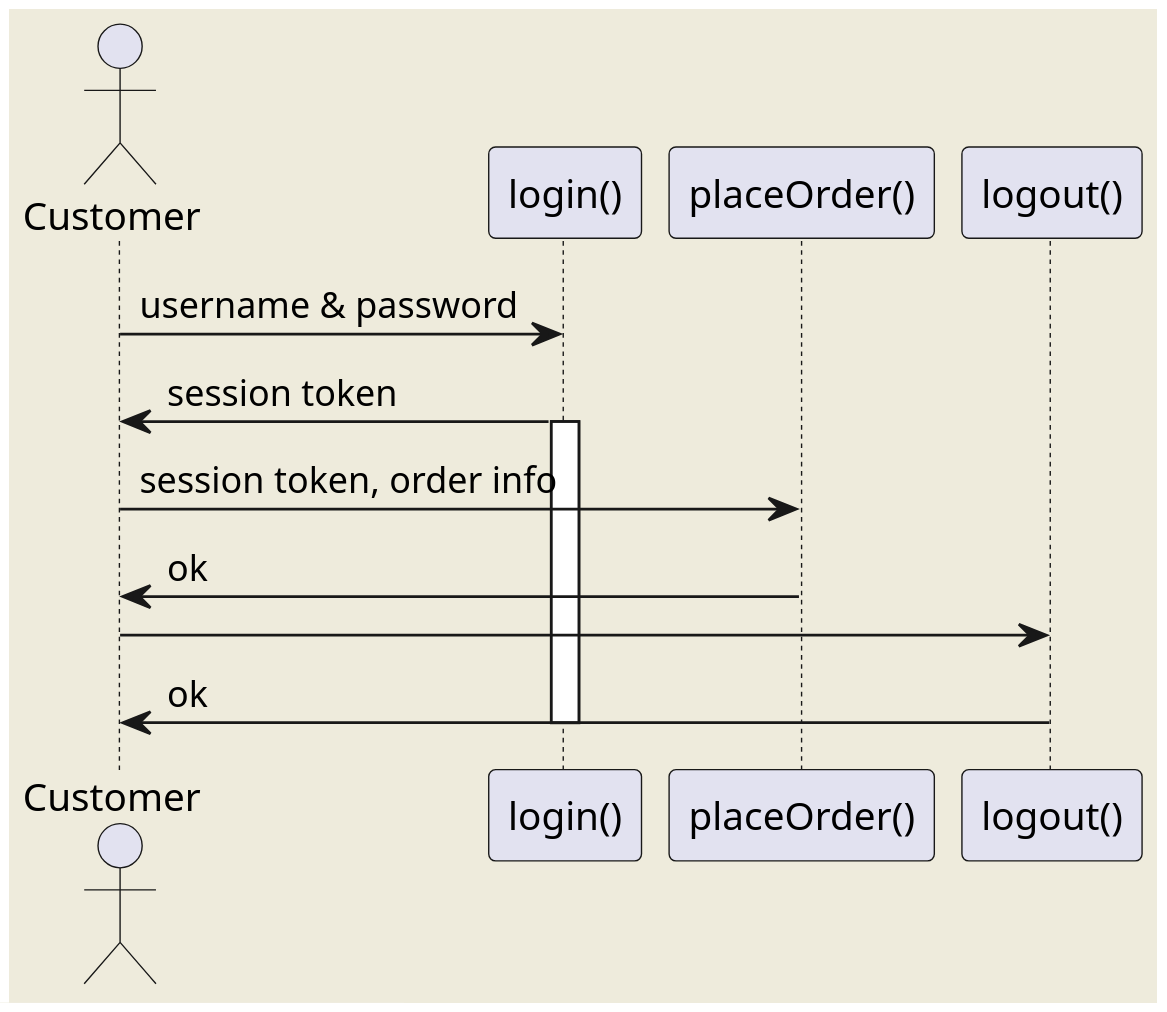
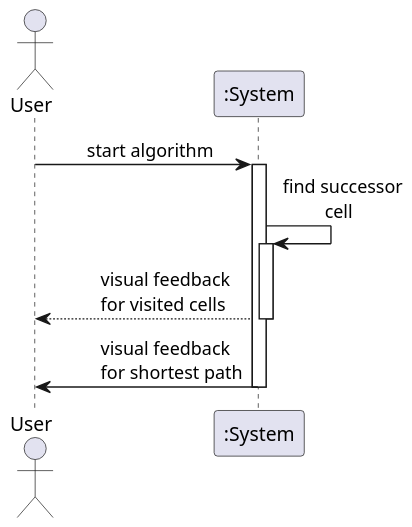
One commit to AndiSap/path-finding-js changed the first of 4 diagrams in sequenceExample.md. Above: the diagram before and after it, drawn with PlantUML. The commit also changed other lines of this file and 6 other files, not shown here.

````diff
--- a/sequenceExample.md
+++ b/sequenceExample.md
@@ -7,15 +7,17 @@
 ```plantuml
 @startuml
-    scale 3
-    skinparam backgroundColor #EEEBDC
-    actor Customer
-    Customer -> "login()" : username & password
-    "login()" -> Customer : session token
-    activate "login()"
-    Customer -> "placeOrder()" : session token, order info
-    "placeOrder()" -> Customer : ok
-    Customer -> "logout()"
-    "logout()" -> Customer : ok
-    deactivate "login()"
+    scale 1.5
+    skinparam backgroundColor #FFFFF
+    actor User
+
+    User -> ":System" : \t start algorithm
+    activate ":System"
+    ":System" -> ":System" : find successor \n \t cell
+    activate ":System"
+    ":System" --> User : \t visual feedback \n \t for visited cells
+    deactivate ":System"
+    ":System" -> User : \t visual feedback \n\t for shortest path
+    deactivate ":System"
+
 @enduml
 ```
````
